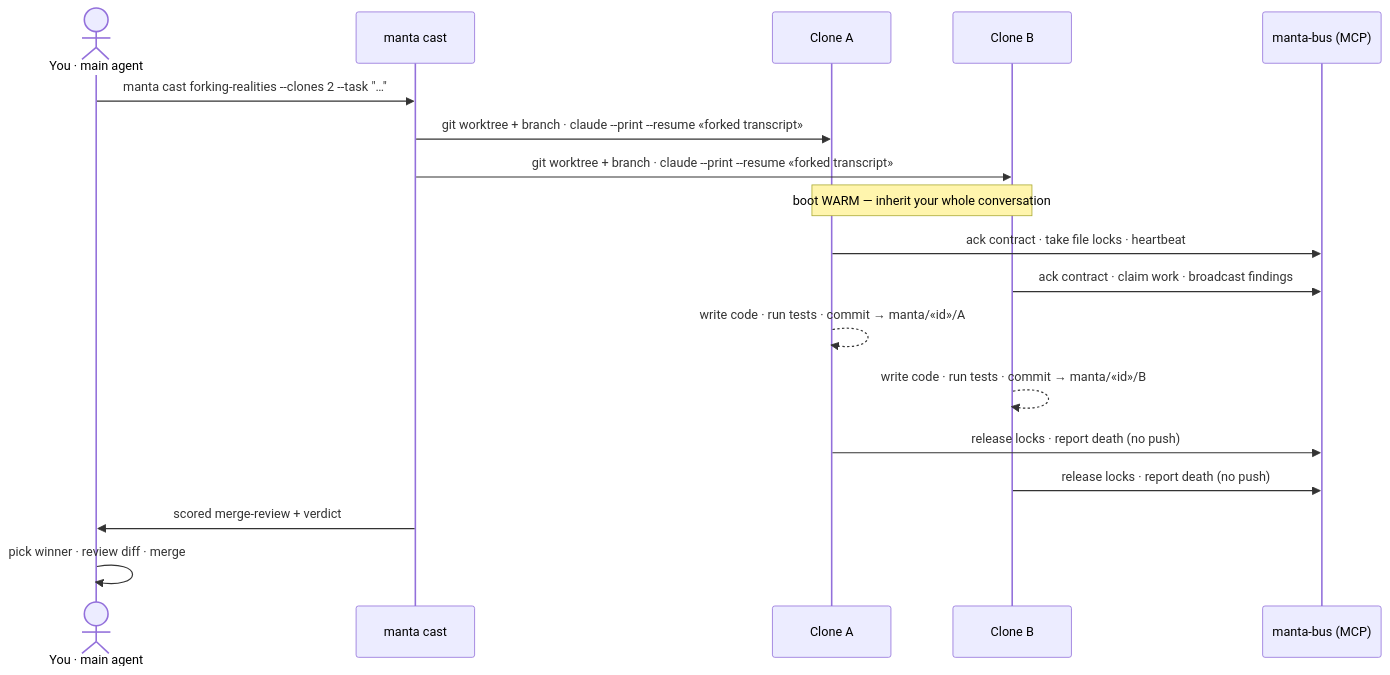
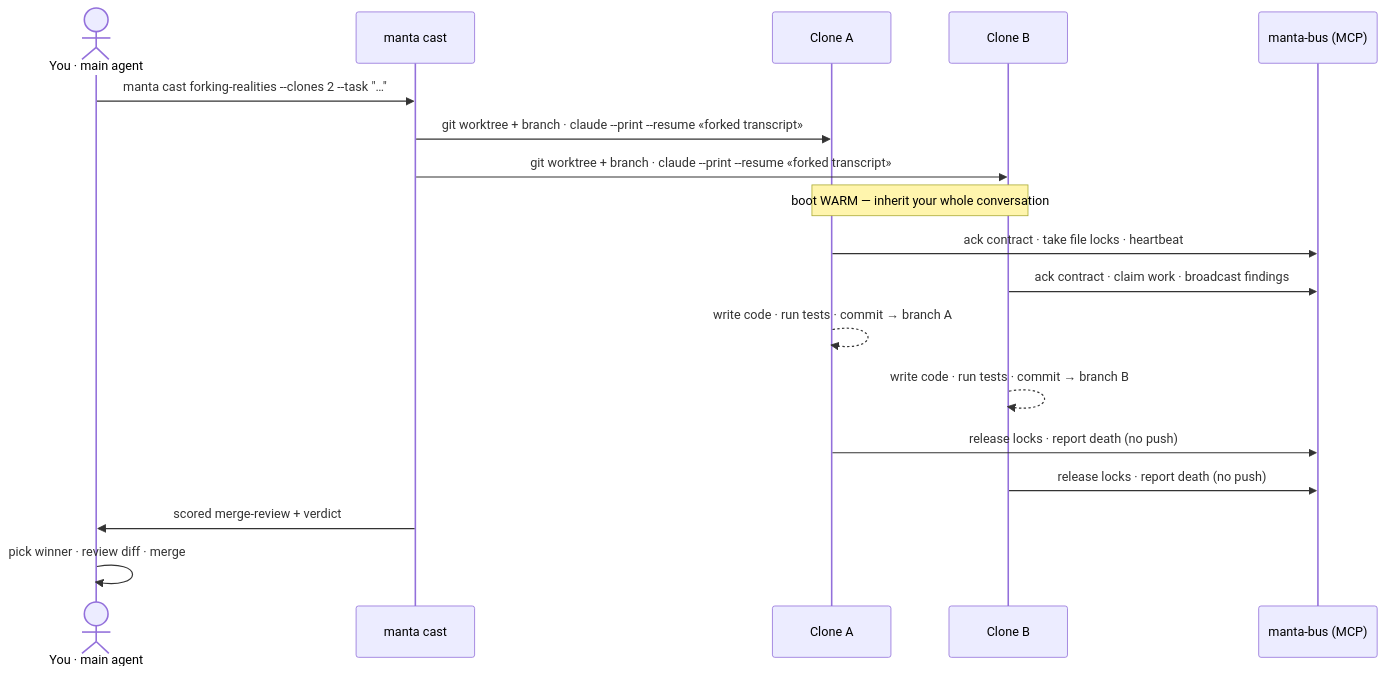
Before and after one commit to tr00x/Manta: the second of 3 diagrams in README.md, drawn with Mermaid. The commit also changed other lines of this file and 5 other files, not shown here.

````diff
--- a/README.md
+++ b/README.md
@@ -63,20 +84,20 @@
 ```mermaid
 sequenceDiagram
     actor You as You · main agent
     participant M as manta cast
     participant A as Clone A
     participant B as Clone B
     participant Bus as manta-bus (MCP)
     You->>M: manta cast forking-realities --clones 2 --task "…"
     M->>A: git worktree + branch · claude --print --resume «forked transcript»
     M->>B: git worktree + branch · claude --print --resume «forked transcript»
     Note over A,B: boot WARM — inherit your whole conversation
     A->>Bus: ack contract · take file locks · heartbeat
     B->>Bus: ack contract · claim work · broadcast findings
-    A-->>A: write code · run tests · commit → manta/«id»/A
-    B-->>B: write code · run tests · commit → manta/«id»/B
+    A-->>A: write code · run tests · commit → branch A
+    B-->>B: write code · run tests · commit → branch B
     A->>Bus: release locks · report death (no push)
     B->>Bus: release locks · report death (no push)
     M->>You: scored merge-review + verdict
     You->>You: pick winner · review diff · merge
 ```
````
